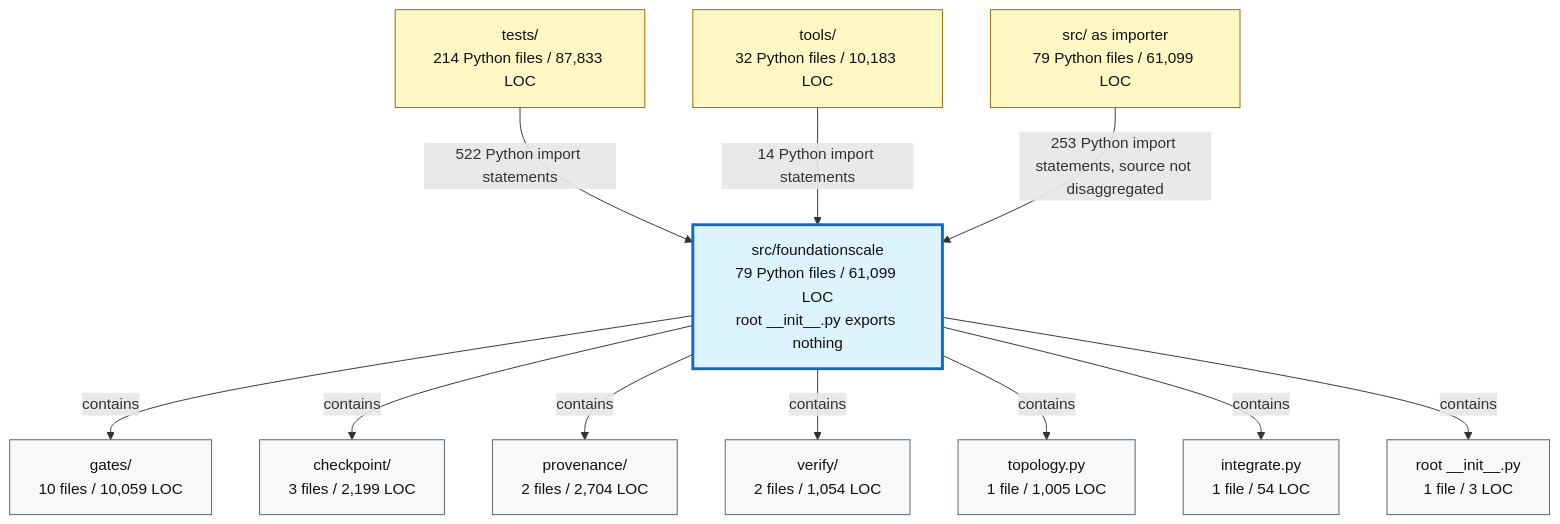
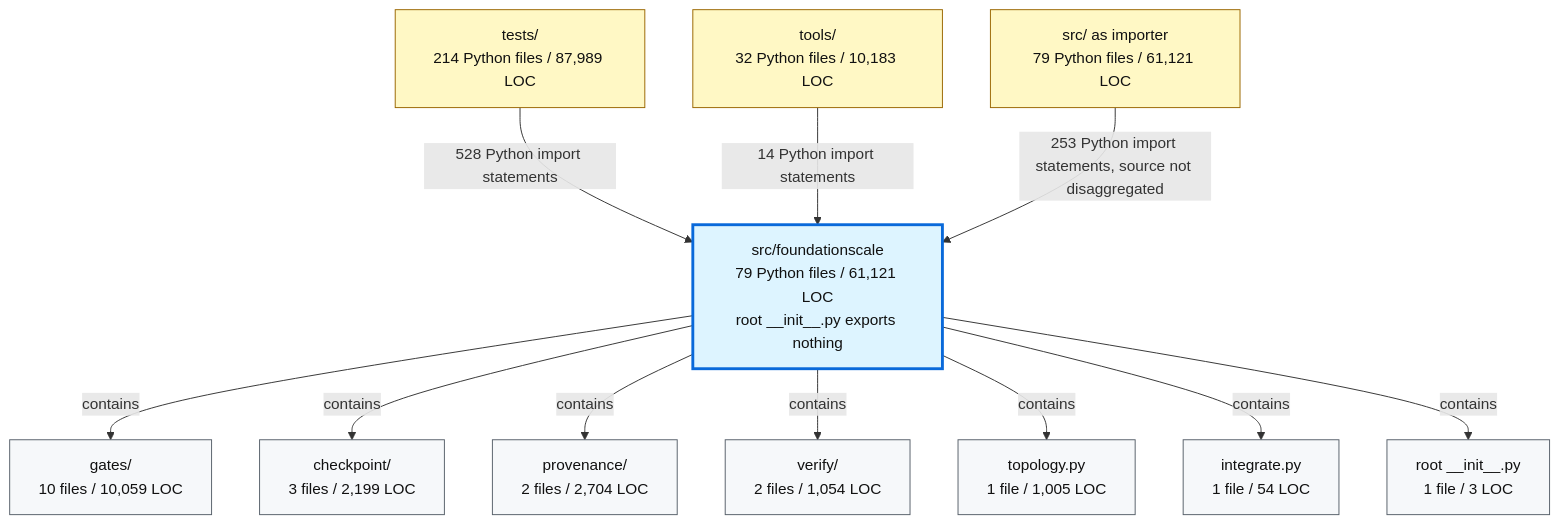
The second of 2 diagrams in docs/review/D2_current_architecture.md (TranNhiem/FoundationScale), drawn with Mermaid before and after one commit. The commit also changed other lines of this file and 3 other files, not shown here.

````diff
--- a/docs/review/D2_current_architecture.md
+++ b/docs/review/D2_current_architecture.md
@@ -97,36 +97,36 @@
 ```mermaid
 flowchart TB
-  TESTS["tests/<br/>214 Python files / 87,833 LOC"]
+  TESTS["tests/<br/>214 Python files / 87,989 LOC"]
   TOOLS["tools/<br/>32 Python files / 10,183 LOC"]
-  SRC["src/ as importer<br/>79 Python files / 61,099 LOC"]
+  SRC["src/ as importer<br/>79 Python files / 61,121 LOC"]
 
-  FS["src/foundationscale<br/>79 Python files / 61,099 LOC<br/>root __init__.py exports nothing"]
+  FS["src/foundationscale<br/>79 Python files / 61,121 LOC<br/>root __init__.py exports nothing"]
 
   GATES["gates/<br/>10 files / 10,059 LOC"]
   CKPT["checkpoint/<br/>3 files / 2,199 LOC"]
   PROV["provenance/<br/>2 files / 2,704 LOC"]
   VERIFY["verify/<br/>2 files / 1,054 LOC"]
   TOPO["topology.py<br/>1 file / 1,005 LOC"]
   INTEG["integrate.py<br/>1 file / 54 LOC"]
   ROOT["root __init__.py<br/>1 file / 3 LOC"]
 
-  TESTS -->|"522 Python import statements"| FS
+  TESTS -->|"528 Python import statements"| FS
   TOOLS -->|"14 Python import statements"| FS
   SRC -->|"253 Python import statements, source not disaggregated"| FS
 
   FS -->|"contains"| GATES
   FS -->|"contains"| CKPT
   FS -->|"contains"| PROV
   FS -->|"contains"| VERIFY
   FS -->|"contains"| TOPO
   FS -->|"contains"| INTEG
   FS -->|"contains"| ROOT
 
   classDef consumer fill:#fff8c5,stroke:#9a6700,color:#111;
   classDef package fill:#ddf4ff,stroke:#0969da,stroke-width:3px,color:#111;
   classDef module fill:#f6f8fa,stroke:#57606a,color:#111;
 
   class TESTS,TOOLS,SRC consumer;
   class FS package;
   class GATES,CKPT,PROV,VERIFY,TOPO,INTEG,ROOT module;
 ```
````
